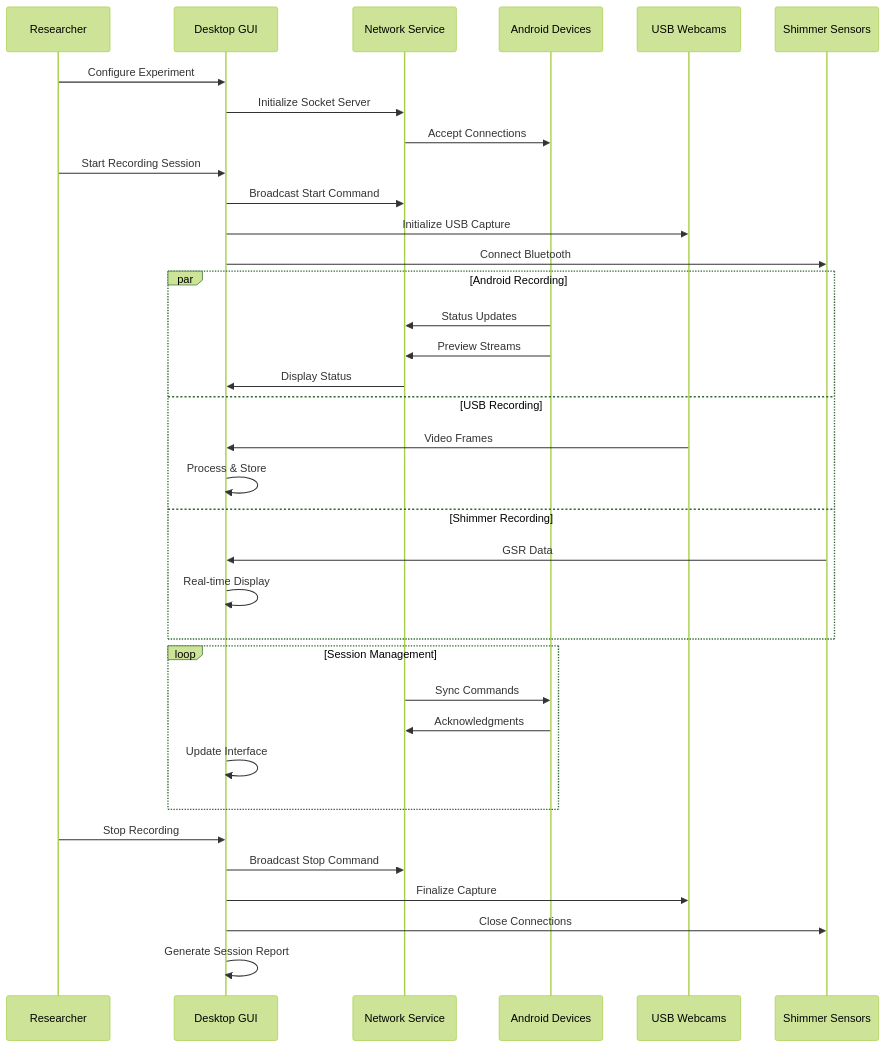
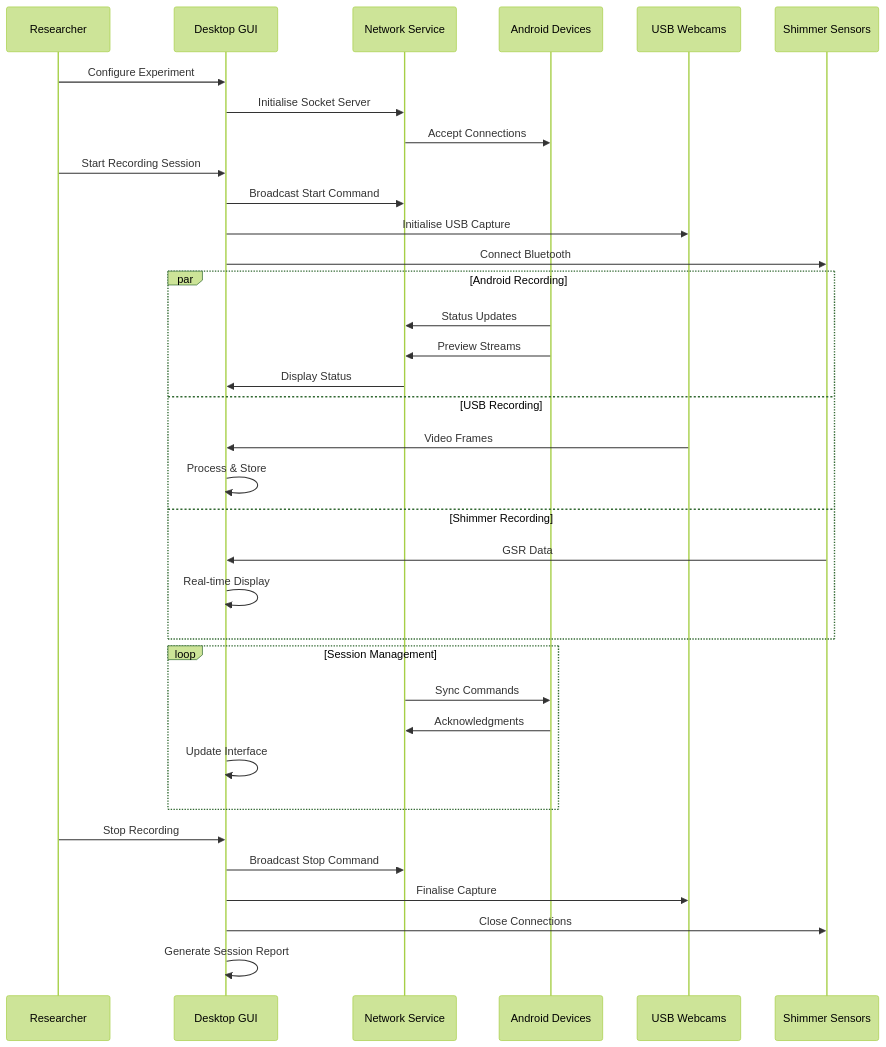
One commit to buccancs/fyp-multi-sensor-recording-system changed the third of 11 diagrams in PythonApp/README.md. Above: the diagram before and after it, drawn with Mermaid (forest theme). The commit also changed other lines of this file and 56 other files, not shown here.

````diff
--- a/PythonApp/README.md
+++ b/PythonApp/README.md
@@ -162,42 +162,42 @@
 ```mermaid
 sequenceDiagram
     participant USER as Researcher
     participant GUI as Desktop GUI
     participant NET as Network Service
     participant ANDROID as Android Devices
     participant WEBCAM as USB Webcams
     participant SHIMMER as Shimmer Sensors
     
     USER->>GUI: Configure Experiment
-    GUI->>NET: Initialize Socket Server
+    GUI->>NET: Initialise Socket Server
     NET->>ANDROID: Accept Connections
     
     USER->>GUI: Start Recording Session
     GUI->>NET: Broadcast Start Command
-    GUI->>WEBCAM: Initialize USB Capture
+    GUI->>WEBCAM: Initialise USB Capture
     GUI->>SHIMMER: Connect Bluetooth
     
     par Android Recording
         ANDROID->>NET: Status Updates
         ANDROID->>NET: Preview Streams
         NET->>GUI: Display Status
     and USB Recording
         WEBCAM->>GUI: Video Frames
         GUI->>GUI: Process & Store
     and Shimmer Recording
         SHIMMER->>GUI: GSR Data
         GUI->>GUI: Real-time Display
     end
     
     loop Session Management
         NET->>ANDROID: Sync Commands
         ANDROID->>NET: Acknowledgments
         GUI->>GUI: Update Interface
     end
     
     USER->>GUI: Stop Recording
     GUI->>NET: Broadcast Stop Command
-    GUI->>WEBCAM: Finalize Capture
+    GUI->>WEBCAM: Finalise Capture
     GUI->>SHIMMER: Close Connections
     GUI->>GUI: Generate Session Report
 ```
````
